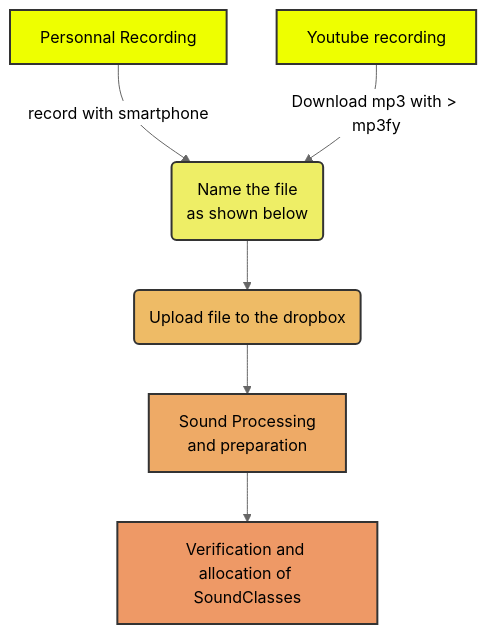
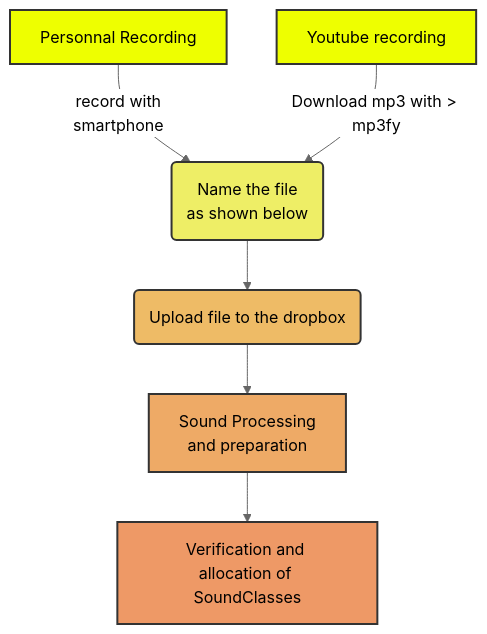
Before and after one commit to FrogBoss74/RealCatTranslator: the diagram in README.md, drawn with Mermaid (neutral theme). The commit also changed other lines of this file, not shown here.

````diff
--- a/README.md
+++ b/README.md
@@ -25,15 +25,15 @@
 ```mermaid
 
 graph TD
-A1[Personnal <span>Recording</span>] -->|record with smartphone| B(Name the file <br>as shown below</br>)
+A1[Personnal <span>Recording</span>] -->|record with <br>smartphone</b>| B(Name the file <br>as shown below</br>)
 A2[Youtube recording] -->|Download mp3 with > mp3fy| B
 B --> C(Upload file to the dropbox)
 C -->D1[Sound Processing <br>and preparation</br>]
 D1 -->D2[Verification and <br>allocation of SoundClasses</br>]
 style A1 fill:#ef0,stroke:#333,stroke-width:2px;
 style A2 fill:#ef0,stroke:#333,stroke-width:2px;
 style B fill:#ee6,stroke:#333,stroke-width:2px;
 style C fill:#eb6,stroke:#333,stroke-width:2px;
 style D1 fill:#ea6,stroke:#333,stroke-width:2px;
 style D2 fill:#e96,stroke:#333,stroke-width:2px;
 ```
````
